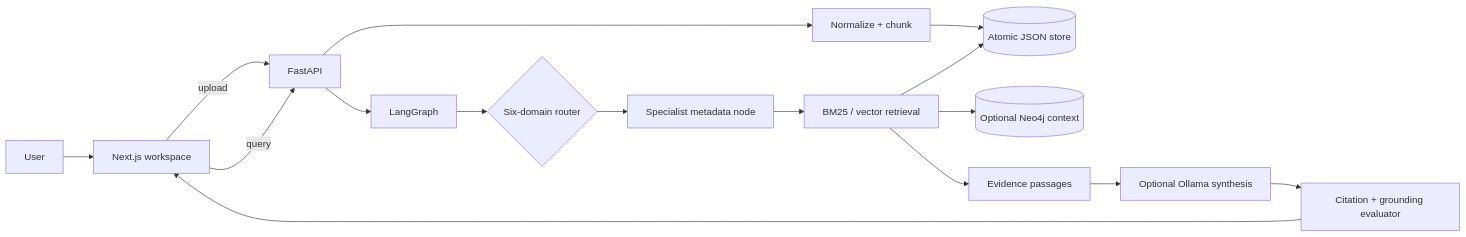
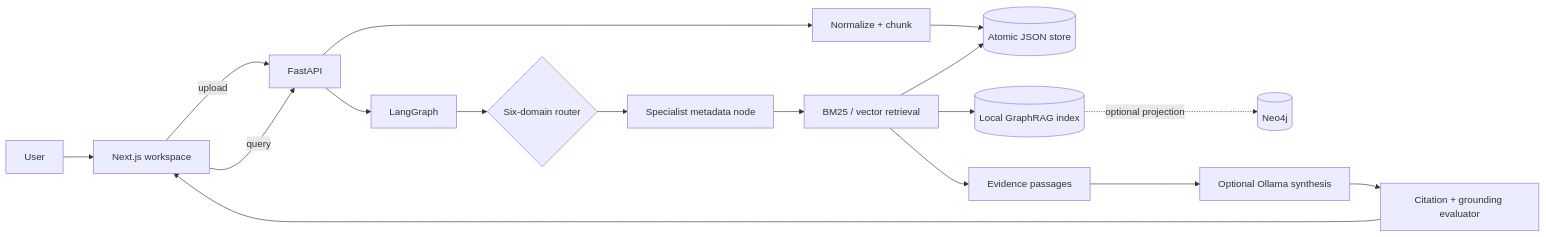
One commit to sidg2hp/enterprise-knowledge changed the diagram in README.md. Above: the diagram before and after it, drawn with Mermaid. The commit also changed other lines of this file and 4 other files, not shown here.

Commit message:
docs: document local GraphRAG and Neo4j projection

````diff
--- a/README.md
+++ b/README.md
@@ -67,18 +71,19 @@
 ```mermaid
 flowchart LR
   U[User] --> F[Next.js workspace]
   F -->|upload| A[FastAPI]
   F -->|query| A
   A --> I[Normalize + chunk]
   I --> S[(Atomic JSON store)]
   A --> G[LangGraph]
   G --> D{Six-domain router}
   D --> L[Specialist metadata node]
   L --> R[BM25 / vector retrieval]
-  R --> N[(Optional Neo4j context)]
+  R --> N[(Local GraphRAG index)]
+  N -. optional projection .-> X[(Neo4j)]
   R --> S
   R --> V[Evidence passages]
   V --> O[Optional Ollama synthesis]
   O --> C[Citation + grounding evaluator]
   C --> F
 ```
````
